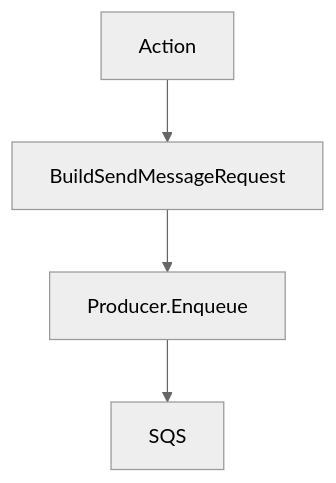
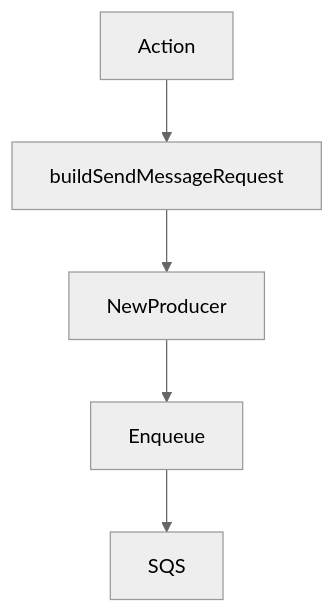
The first of 2 diagrams in internal/queue/README.md (siutsin/telegram-jung2-bot), drawn with Mermaid (neutral theme) before and after one commit. The commit also changed other lines of this file and 38 other files, not shown here.

````diff
--- a/internal/queue/README.md
+++ b/internal/queue/README.md
@@ -27,6 +27,7 @@
 ```mermaid
 flowchart TD
-    action[Action] --> build[BuildSendMessageRequest]
-    build --> producer[Producer.Enqueue]
-    producer --> sqs[SQS]
+    action[Action] --> build[buildSendMessageRequest]
+    build --> producer[NewProducer]
+    producer --> enqueue[Enqueue]
+    enqueue --> sqs[SQS]
 ```
````
